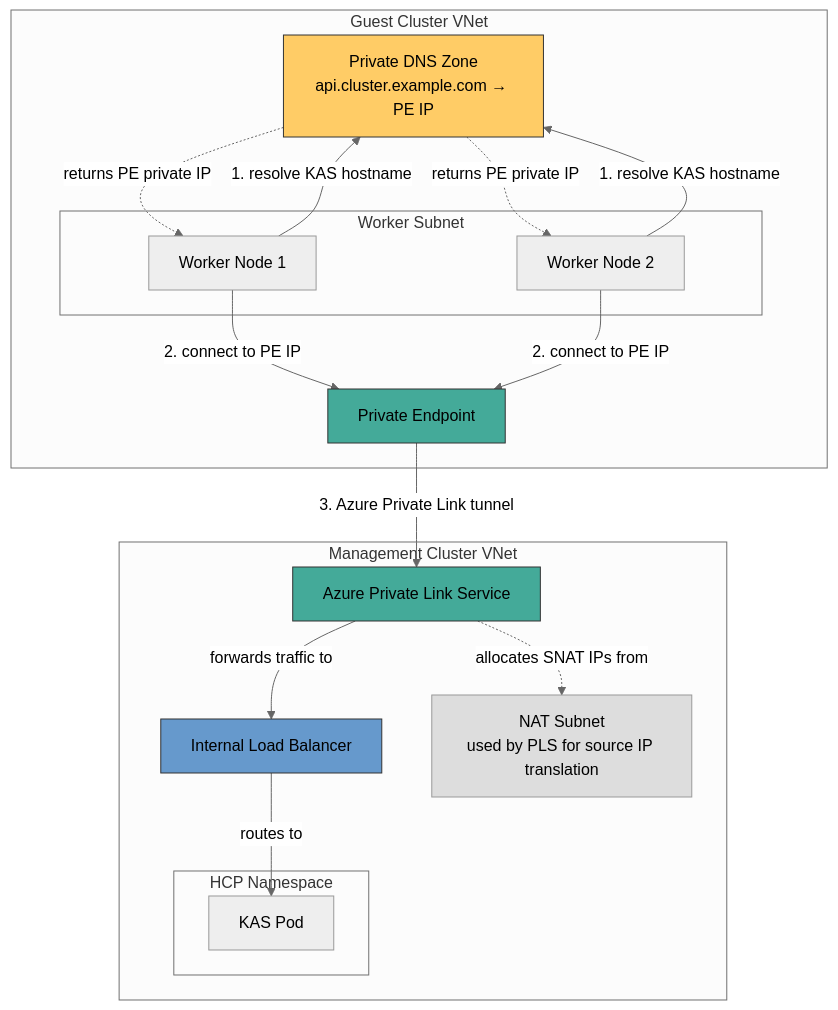
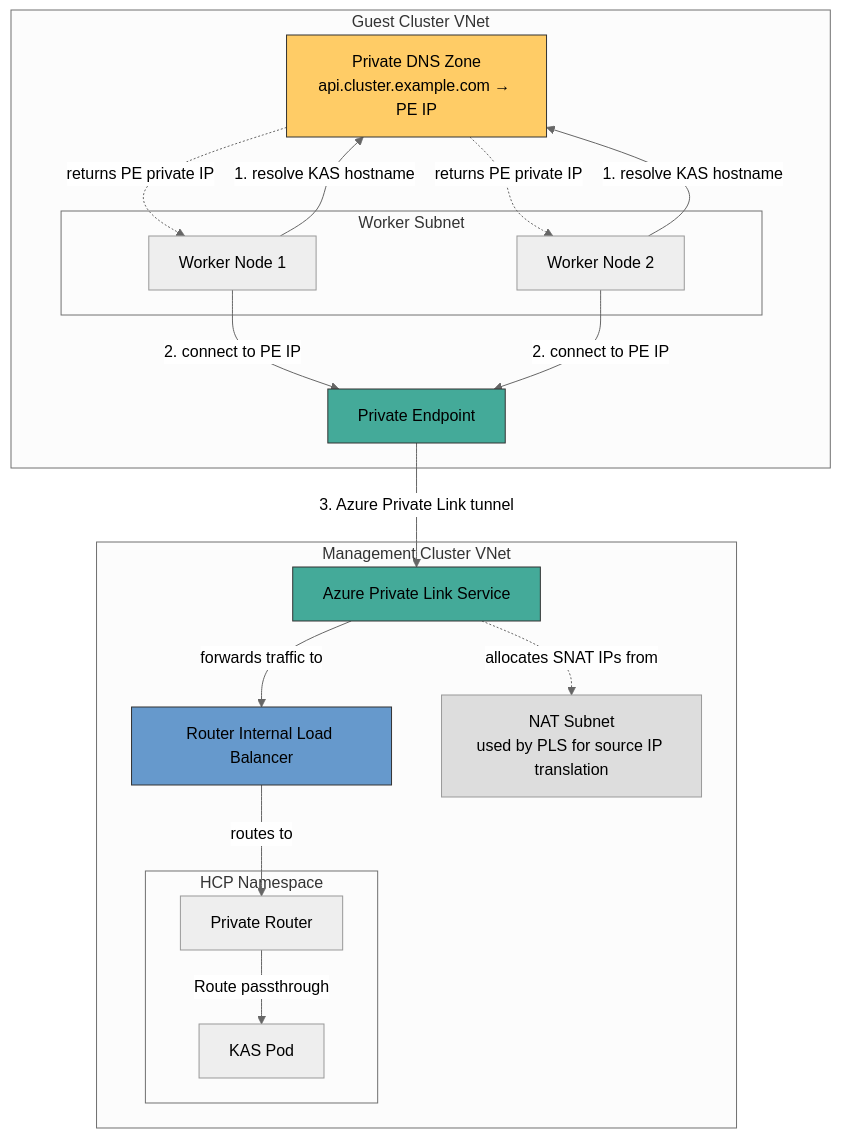
The second of 3 diagrams in enhancements/hypershift/azure-private-topology.md (openshift/enhancements), drawn with Mermaid (neutral theme) before and after one commit. The commit also changed other lines of this file, not shown here.

First line of the commit message:
Address review: KAS via Route, mutable endpointAccess

````diff
--- a/enhancements/hypershift/azure-private-topology.md
+++ b/enhancements/hypershift/azure-private-topology.md
@@ -325,39 +336,41 @@
 ```mermaid
 graph TB
     subgraph "Management Cluster VNet"
         subgraph "HCP Namespace"
             KAS[KAS Pod]
+            Router[Private Router]
         end
-        ILB[Internal Load Balancer]
+        ILB[Router Internal Load Balancer]
         PLS[Azure Private Link Service]
         NAT[NAT Subnet<br/>used by PLS for source IP translation]
 
         PLS -.->|allocates SNAT IPs from| NAT
         PLS -->|forwards traffic to| ILB
-        ILB -->|routes to| KAS
+        ILB -->|routes to| Router
+        Router -->|Route passthrough| KAS
     end
 
     subgraph "Guest Cluster VNet"
         PE[Private Endpoint]
         DNS[Private DNS Zone<br/>api.cluster.example.com → PE IP]
         subgraph "Worker Subnet"
             W1[Worker Node 1]
             W2[Worker Node 2]
         end
 
         W1 -->|1. resolve KAS hostname| DNS
         W2 -->|1. resolve KAS hostname| DNS
         DNS -.->|returns PE private IP| W1
         DNS -.->|returns PE private IP| W2
         W1 -->|2. connect to PE IP| PE
         W2 -->|2. connect to PE IP| PE
     end
 
     PE -->|3. Azure Private Link tunnel| PLS
 
     style PLS fill:#4a9,stroke:#333
     style PE fill:#4a9,stroke:#333
     style ILB fill:#69c,stroke:#333
     style DNS fill:#fc6,stroke:#333
     style NAT fill:#ddd,stroke:#999
 ```
````
